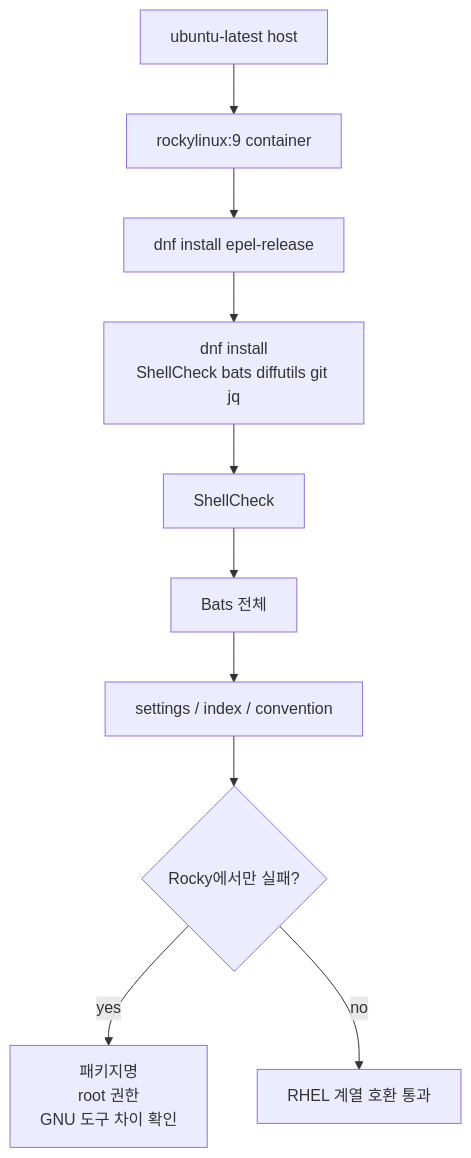
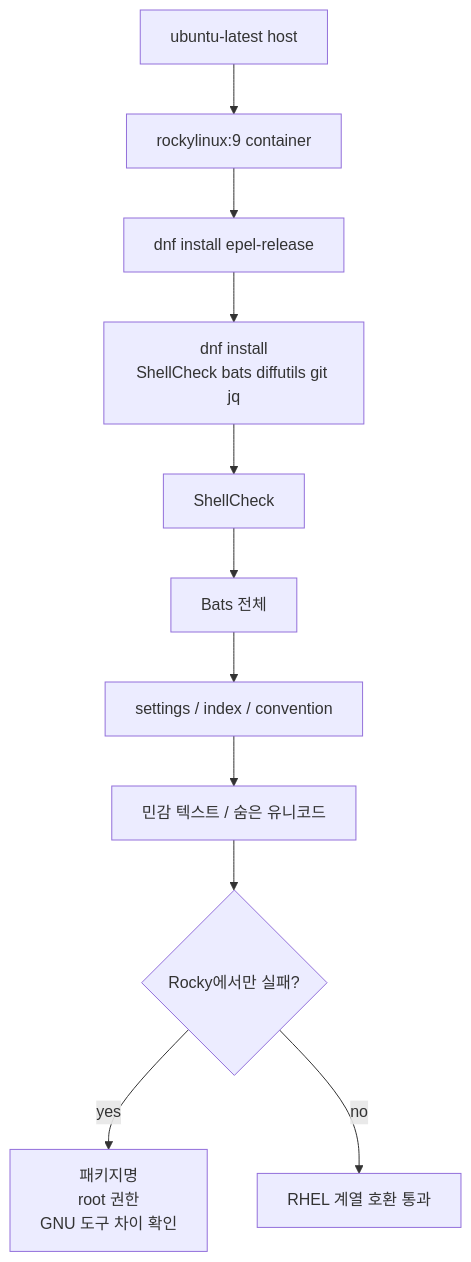
One commit to jomarusoup/Arachne changed the fifth of 10 diagrams in docs/CI.md. Above: the diagram before and after it, drawn with Mermaid. The commit also changed other lines of this file and 18 other files, not shown here.

````diff
--- a/docs/CI.md
+++ b/docs/CI.md
@@ -197,12 +220,13 @@
 ```mermaid
 flowchart TB
     A["ubuntu-latest host"] --> B["rockylinux:9 container"]
     B --> C["dnf install epel-release"]
     C --> D["dnf install<br/>ShellCheck bats diffutils git jq"]
     D --> E["ShellCheck"]
     E --> F["Bats 전체"]
     F --> G["settings / index / convention"]
-    G --> H{"Rocky에서만 실패?"}
+    G --> S["민감 텍스트 / 숨은 유니코드"]
+    S --> H{"Rocky에서만 실패?"}
     H -->|yes| I["패키지명<br/>root 권한<br/>GNU 도구 차이 확인"]
     H -->|no| J["RHEL 계열 호환 통과"]
 ```
````
